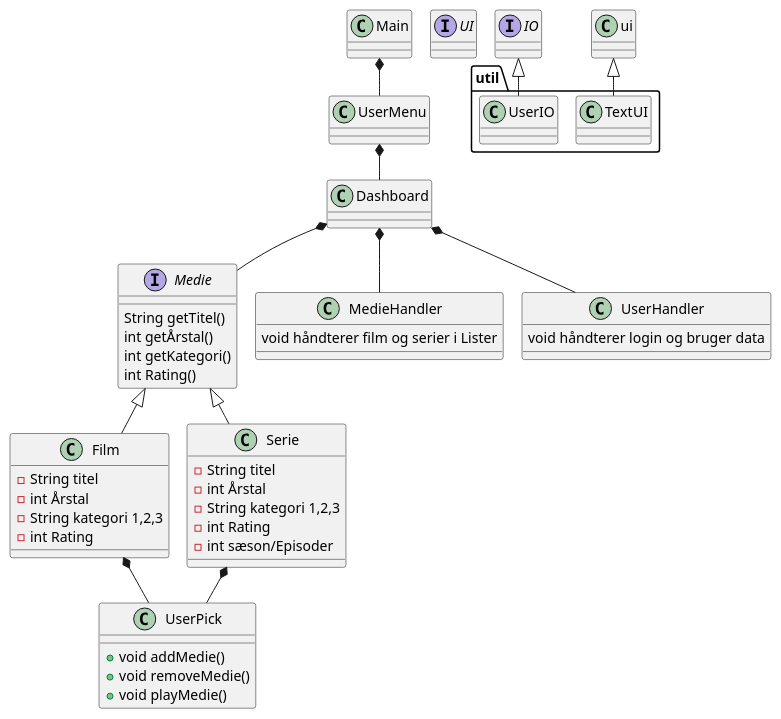
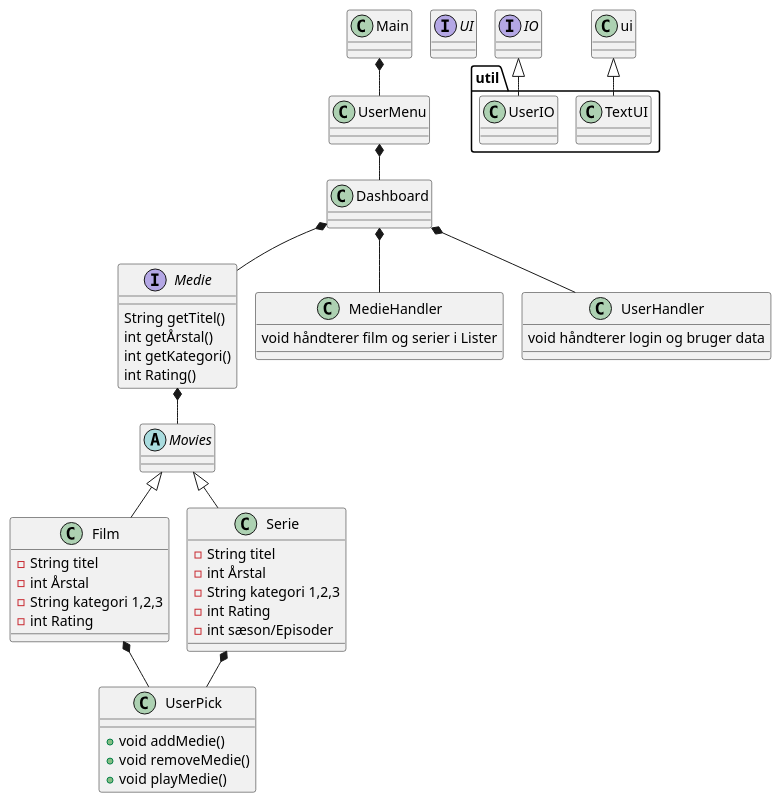
The diagram in Streamingtjeneste/Classdiagram.puml (ETHMUNI/SP3-streamingtjeneste), drawn with PlantUML before and after one commit.

```diff
--- a/Streamingtjeneste/Classdiagram.puml
+++ b/Streamingtjeneste/Classdiagram.puml
@@ -1,62 +1,64 @@
 @startuml
 'https://plantuml.com/class-diagram
 !pragma layout smetana
 
 interface Medie
 class Main
 class Film
 class Serie
 class UserMenu
 class Dashboard
 class UserPick
 class MedieHandler
 class UserHandler
 interface UI
 interface IO
+abstract Movies
 
 
 
 package "util"{
 class TextUI
 class UserIO
 }
 
 Medie : String getTitel()
 Medie : int getÅrstal()
 Medie : int getKategori()
 Medie : int Rating()
 
 Film : - String titel
 Film : - int Årstal
 Film : - String kategori 1,2,3
 Film : - int Rating
 
 Serie : - String titel
 Serie : - int Årstal
 Serie : - String kategori 1,2,3
 Serie : - int Rating
 Serie : - int sæson/Episoder
 
 UserPick : + void addMedie()
 UserPick : + void removeMedie()
 UserPick : + void playMedie()
 UserHandler : void håndterer login og bruger data
 MedieHandler : void håndterer film og serier i Lister
 
 Main *-- UserMenu
 UserMenu *-- Dashboard
 Dashboard *--Medie
 Dashboard *-- UserHandler
 Dashboard *-- MedieHandler
+Medie *-- Movies
 
-Medie <|-- Film
-Medie <|-- Serie
+Movies <|-- Film
+Movies <|-- Serie
 Film *-- UserPick
 Serie *-- UserPick
 
 ui <|-- TextUI
 IO <|-- UserIO
 
 
 
 @enduml
```
